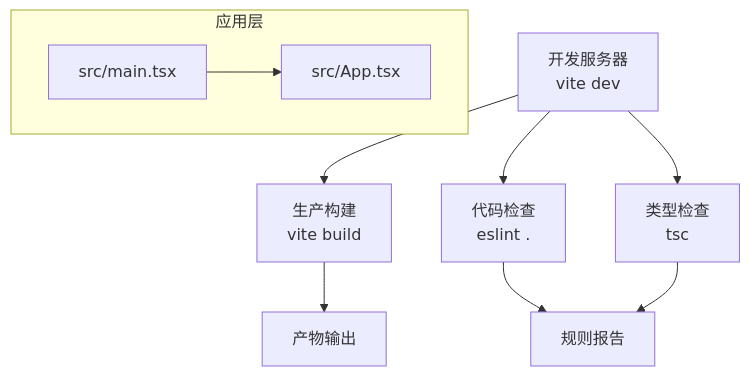
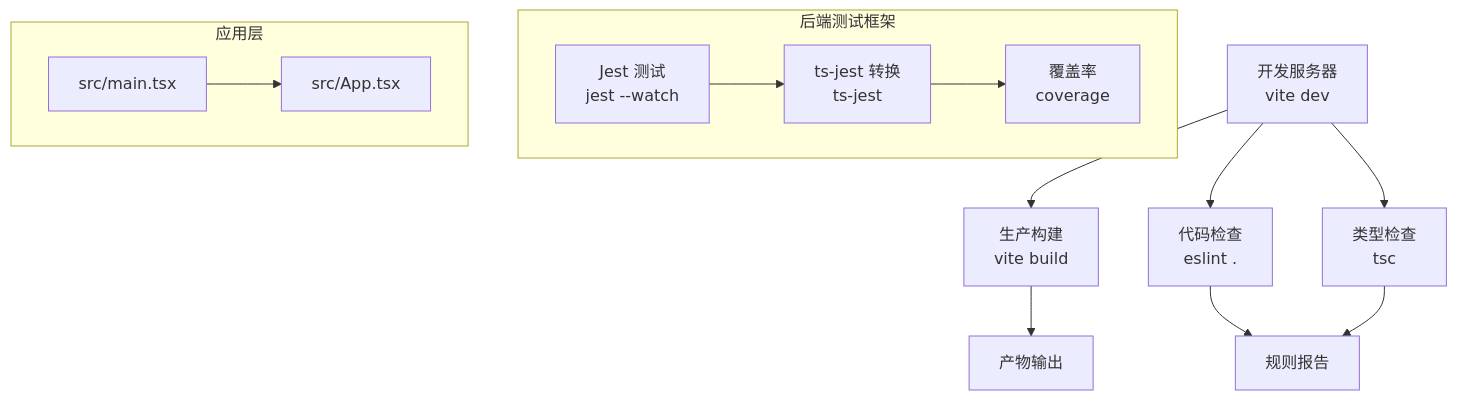
One commit to xianjianshenqu/SalesFlow-CRM changed the second of 5 diagrams in .qoder/repowiki/zh/content/开发指南/测试与调试.md. Above: the diagram before and after it, drawn with Mermaid. The commit also changed other lines of this file and 7 other files, not shown here.

````diff
--- a/.qoder/repowiki/zh/content/开发指南/测试与调试.md
+++ b/.qoder/repowiki/zh/content/开发指南/测试与调试.md
@@ -91,14 +116,21 @@
 ```mermaid
 graph TB
 Dev["开发服务器<br/>vite dev"] --> Build["生产构建<br/>vite build"]
 Dev --> Lint["代码检查<br/>eslint ."]
 Dev --> TypeCheck["类型检查<br/>tsc"]
 Build --> Dist["产物输出"]
 Lint --> Report["规则报告"]
 TypeCheck --> Report
+subgraph "后端测试框架"
+Jest["Jest 测试<br/>jest --watch"]
+TSJest["ts-jest 转换<br/>ts-jest"]
+Coverage["覆盖率<br/>coverage"]
+end
 subgraph "应用层"
 Main["src/main.tsx"]
 App["src/App.tsx"]
 end
+Jest --> TSJest
+TSJest --> Coverage
 Main --> App
 ```
````
